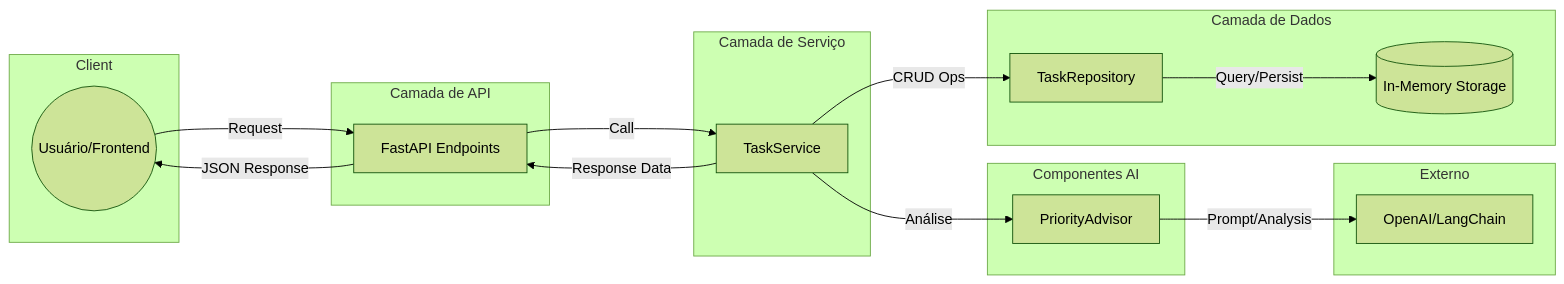
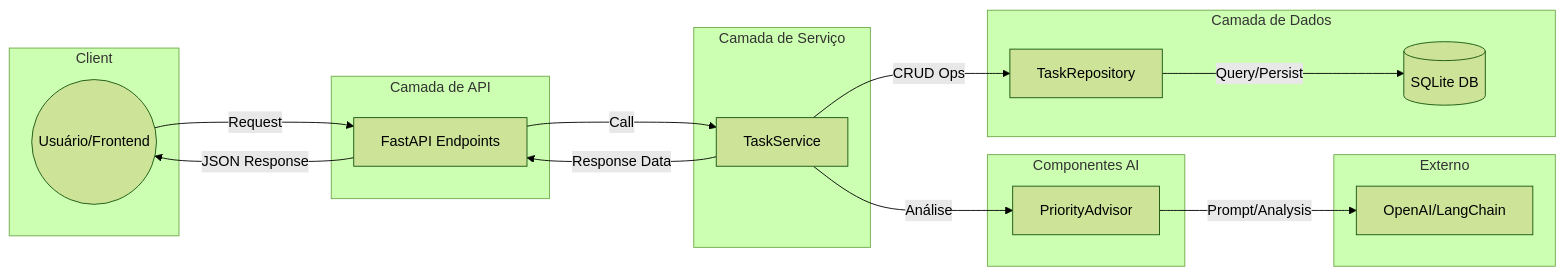
Before and after one commit to rodrigoferrazazevedo/ufg-todo-list: the diagram in docs/arquitetura.md, drawn with Mermaid (forest theme). The commit also changed other lines of this file and 2 other files, not shown here.

Commit message:
docs: sync architecture, scope and backlog with SQLite implementation

````diff
--- a/docs/arquitetura.md
+++ b/docs/arquitetura.md
@@ -5,40 +5,40 @@
 ```mermaid
 graph LR
     subgraph Client_Layer [Client]
         User((Usuário/Frontend))
     end
 
     subgraph API_Layer [Camada de API]
         Endpoints[FastAPI Endpoints]
     end
 
     subgraph Service_Layer [Camada de Serviço]
         TaskService[TaskService]
     end
 
     subgraph Component_Layer [Componentes AI]
         PriorityAdvisor[PriorityAdvisor]
     end
 
     subgraph Data_Layer [Camada de Dados]
         Repository[TaskRepository]
-        Storage[(In-Memory Storage)]
+        DB[(SQLite DB)]
     end
 
     subgraph External_Layer [Externo]
         LLM[OpenAI/LangChain]
     end
 
     %% Fluxos de Dados
     User -->|Request| Endpoints
     Endpoints -->|Call| TaskService
     
     TaskService -->|CRUD Ops| Repository
     TaskService -->|Análise| PriorityAdvisor
     
-    Repository -->|Query/Persist| Storage
+    Repository -->|Query/Persist| DB
     PriorityAdvisor -->|Prompt/Analysis| LLM
     
     TaskService -->|Response Data| Endpoints
     Endpoints -->|JSON Response| User
 ```
````
